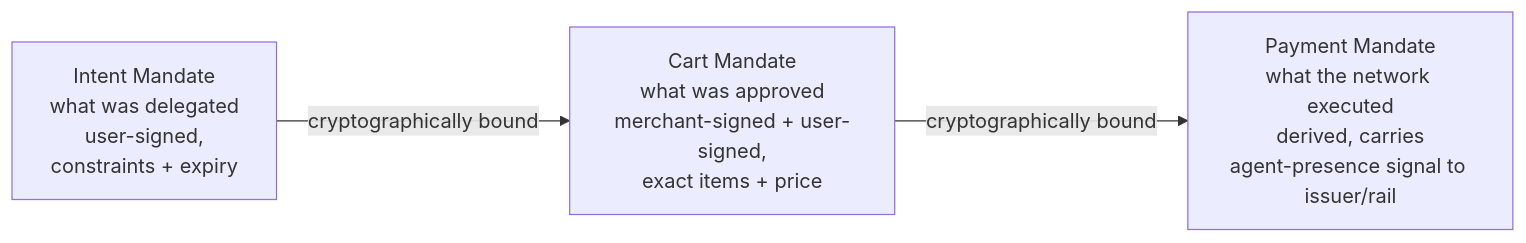
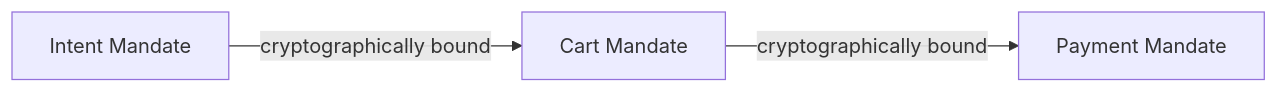
The second of 2 diagrams in 521-agent-payments-protocol-ap2.qmd (mikenguyen13/ai_in_action), drawn with Mermaid before and after one commit. The commit also changed other lines of this file and 52 other files, not shown here.

Commit message:
Fix Mermaid rendering in 22 chapters: remove ampersands and br tags from node labels, move detail to tables

````diff
--- a/521-agent-payments-protocol-ap2.qmd
+++ b/521-agent-payments-protocol-ap2.qmd
@@ -51,7 +51,7 @@
 ```{mermaid}
 flowchart LR
-    Intent["Intent Mandate<br/>what was delegated<br/>user-signed,<br/>constraints + expiry"]
-    Cart["Cart Mandate<br/>what was approved<br/>merchant-signed + user-signed,<br/>exact items + price"]
-    Payment["Payment Mandate<br/>what the network executed<br/>derived, carries<br/>agent-presence signal to issuer/rail"]
+    Intent["Intent Mandate"]
+    Cart["Cart Mandate"]
+    Payment["Payment Mandate"]
     Intent -->|"cryptographically bound"| Cart -->|"cryptographically bound"| Payment
 ```
````
